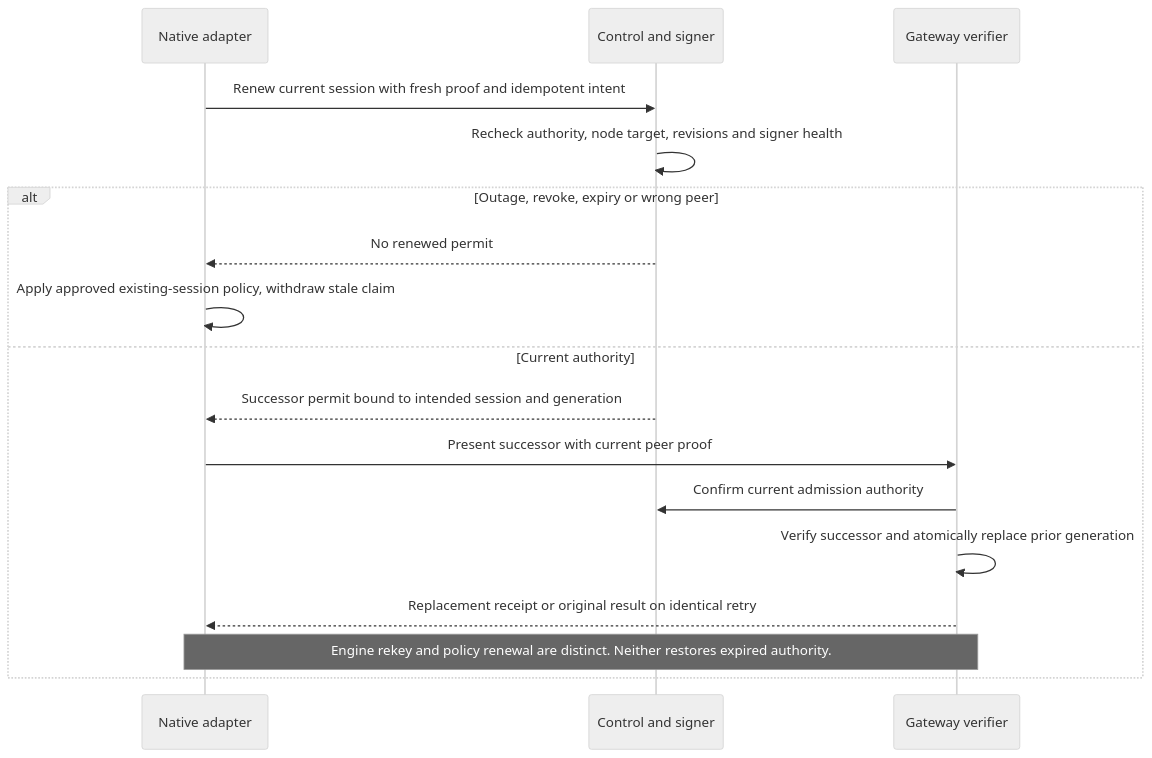
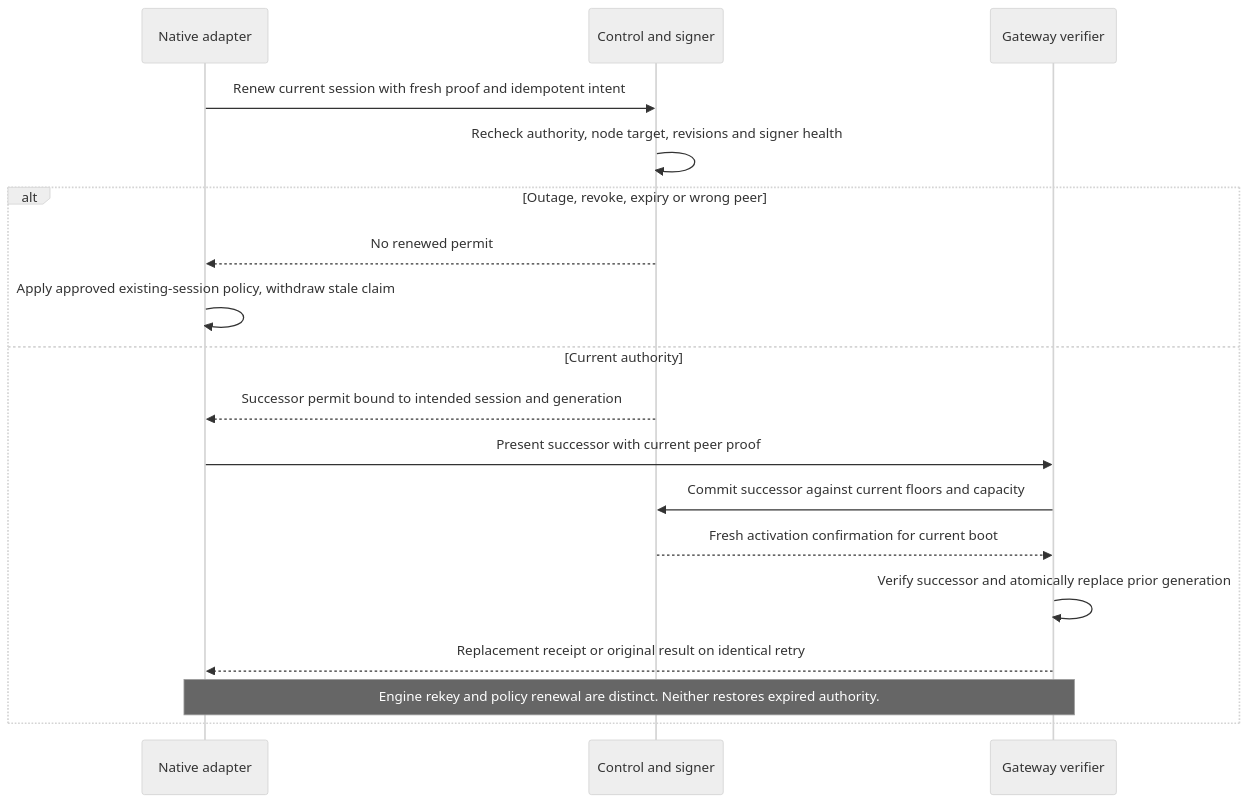
The fifth of 11 diagrams in docs/products/vpn/COMPONENTS.md (Dimash313/Wexum), drawn with Mermaid (neutral theme) before and after one commit. The commit also changed other lines of this file and 4 other files, not shown here.

````diff
--- a/docs/products/vpn/COMPONENTS.md
+++ b/docs/products/vpn/COMPONENTS.md
@@ -151,19 +166,20 @@
 ```mermaid
 sequenceDiagram
   participant N as Native adapter
   participant C as Control and signer
   participant G as Gateway verifier
   N->>C: Renew current session with fresh proof and idempotent intent
   C->>C: Recheck authority, node target, revisions and signer health
   alt Outage, revoke, expiry or wrong peer
     C-->>N: No renewed permit
     N->>N: Apply approved existing-session policy, withdraw stale claim
   else Current authority
     C-->>N: Successor permit bound to intended session and generation
     N->>G: Present successor with current peer proof
-    G->>C: Confirm current admission authority
+    G->>C: Commit successor against current floors and capacity
+    C-->>G: Fresh activation confirmation for current boot
     G->>G: Verify successor and atomically replace prior generation
     G-->>N: Replacement receipt or original result on identical retry
     Note over N,G: Engine rekey and policy renewal are distinct. Neither restores expired authority.
   end
 ```
````
